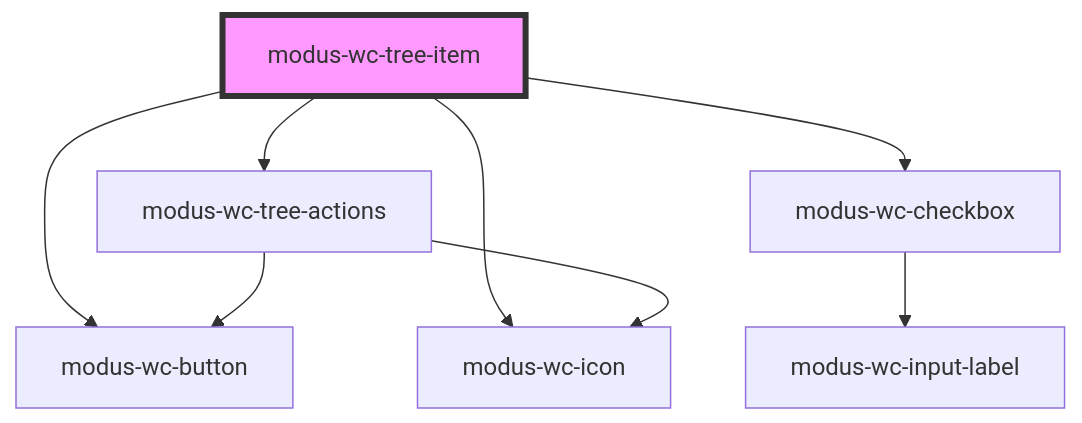
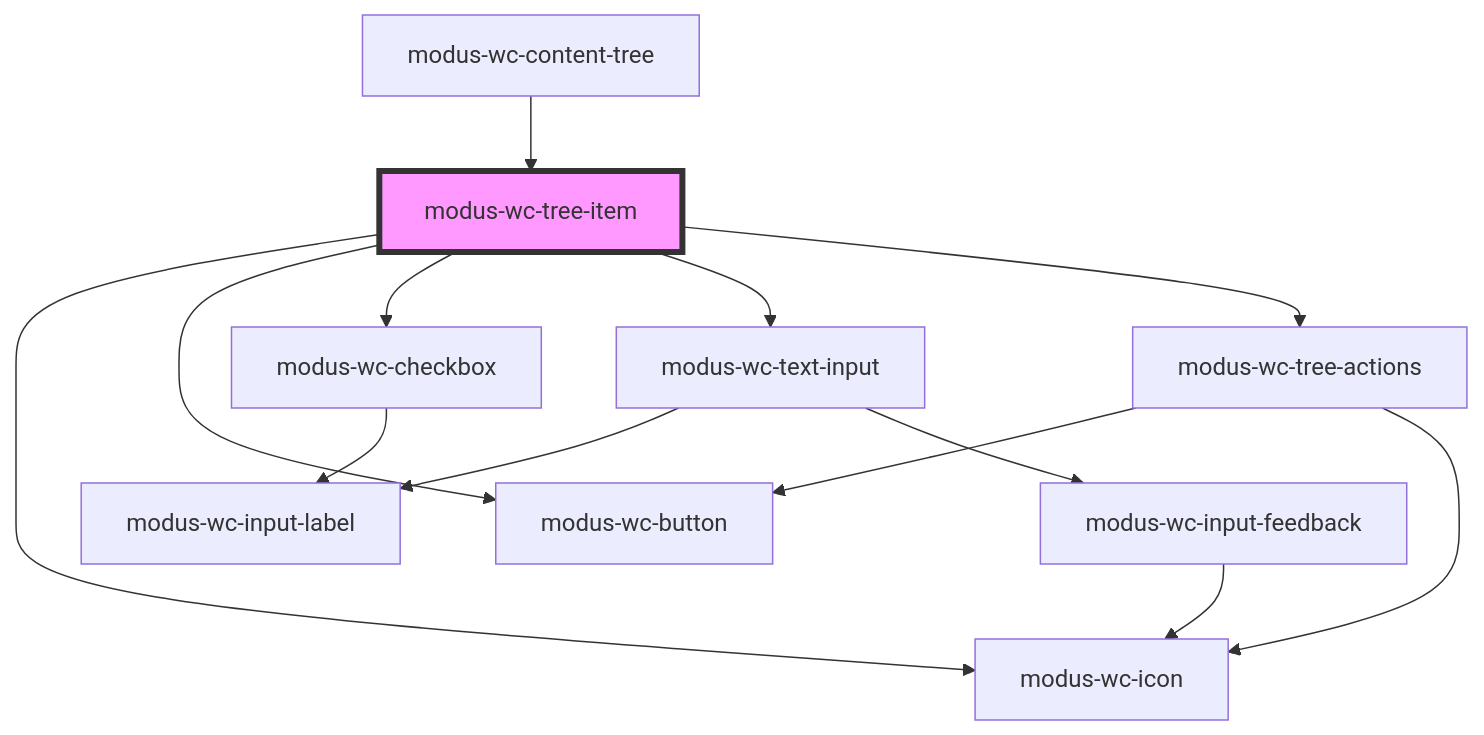
One commit to trimble-oss/modus-wc-2.0 changed the diagram in src/components/modus-wc-content-tree/modus-wc-tree-item/readme.md. Above: the diagram before and after it, drawn with Mermaid. The commit also changed other lines of this file and 11 other files, not shown here.

````diff
--- a/src/components/modus-wc-content-tree/modus-wc-tree-item/readme.md
+++ b/src/components/modus-wc-content-tree/modus-wc-tree-item/readme.md
@@ -69,11 +77,16 @@
 ```mermaid
 graph TD;
+  modus-wc-tree-item --> modus-wc-icon
   modus-wc-tree-item --> modus-wc-button
-  modus-wc-tree-item --> modus-wc-icon
   modus-wc-tree-item --> modus-wc-checkbox
+  modus-wc-tree-item --> modus-wc-text-input
   modus-wc-tree-item --> modus-wc-tree-actions
   modus-wc-checkbox --> modus-wc-input-label
+  modus-wc-text-input --> modus-wc-input-label
+  modus-wc-text-input --> modus-wc-input-feedback
+  modus-wc-input-feedback --> modus-wc-icon
   modus-wc-tree-actions --> modus-wc-button
   modus-wc-tree-actions --> modus-wc-icon
+  modus-wc-content-tree --> modus-wc-tree-item
   style modus-wc-tree-item fill:#f9f,stroke:#333,stroke-width:4px
 ```
````
